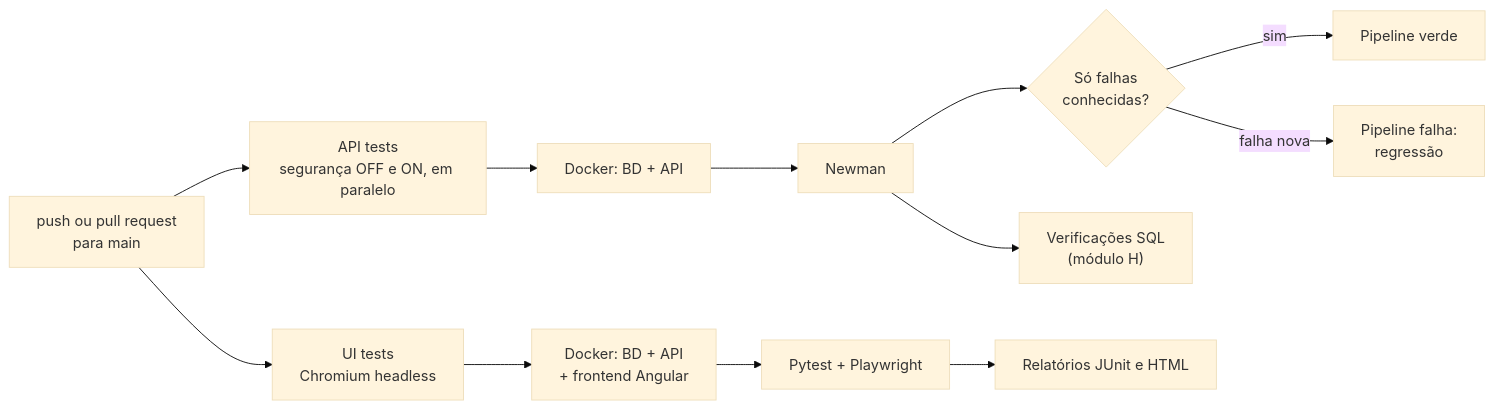
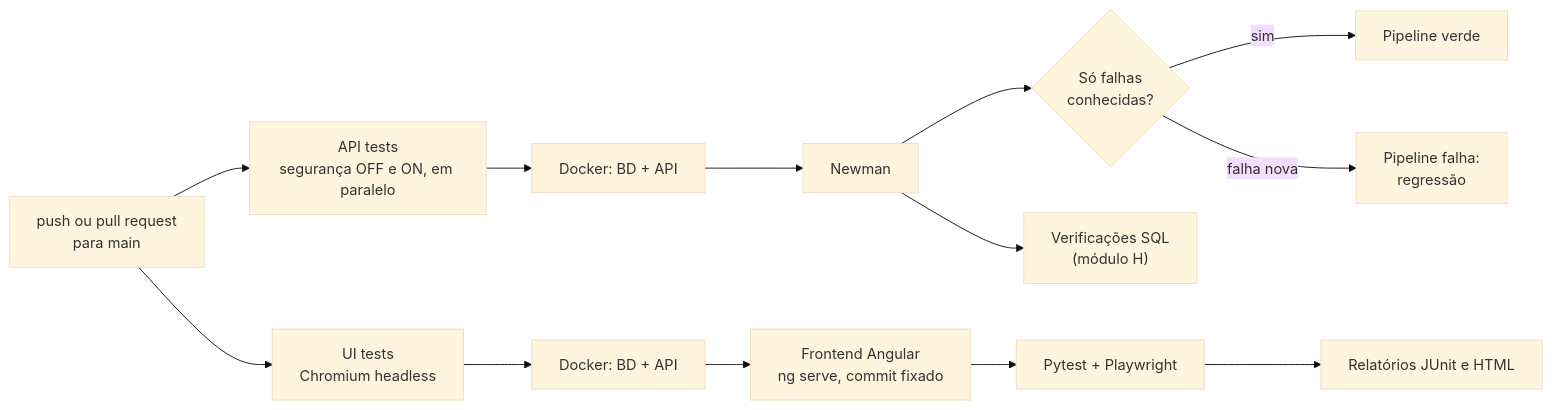
Before and after one commit to ricardoneto027/spring-petclinic-qa-case-study: the fourth of 4 diagrams in README.md, drawn with Mermaid (base theme). The commit also changed 3 other files, not shown here.

````diff
--- a/README.md
+++ b/README.md
@@ -220,10 +220,10 @@
 ```mermaid
 flowchart LR
     P["push ou pull request<br/>para main"] --> A["API tests<br/>segurança OFF e ON, em paralelo"]
     P --> U["UI tests<br/>Chromium headless"]
     A --> A1["Docker: BD + API"] --> A2["Newman"] --> A3{"Só falhas<br/>conhecidas?"}
     A3 -->|sim| OK["Pipeline verde"]
     A3 -->|falha nova| KO["Pipeline falha:<br/>regressão"]
     A2 --> A4["Verificações SQL<br/>(módulo H)"]
-    U --> U1["Docker: BD + API<br/>+ frontend Angular"] --> U2["Pytest + Playwright"] --> U3["Relatórios JUnit e HTML"]
+    U --> U1["Docker: BD + API"] --> U1b["Frontend Angular<br/>ng serve, commit fixado"] --> U2["Pytest + Playwright"] --> U3["Relatórios JUnit e HTML"]
 ```
````
